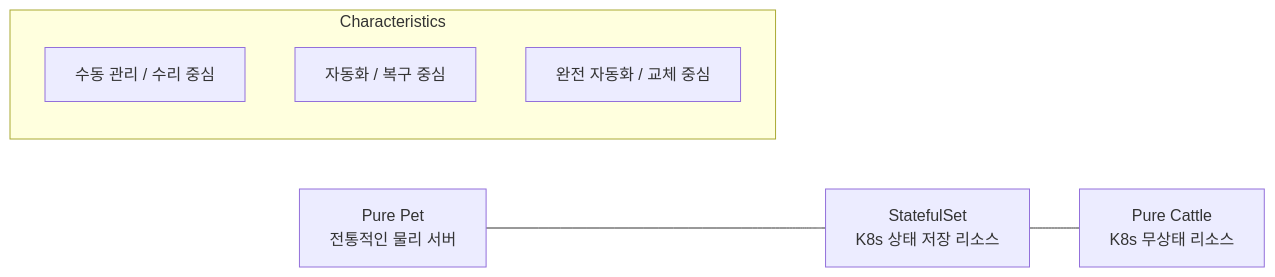
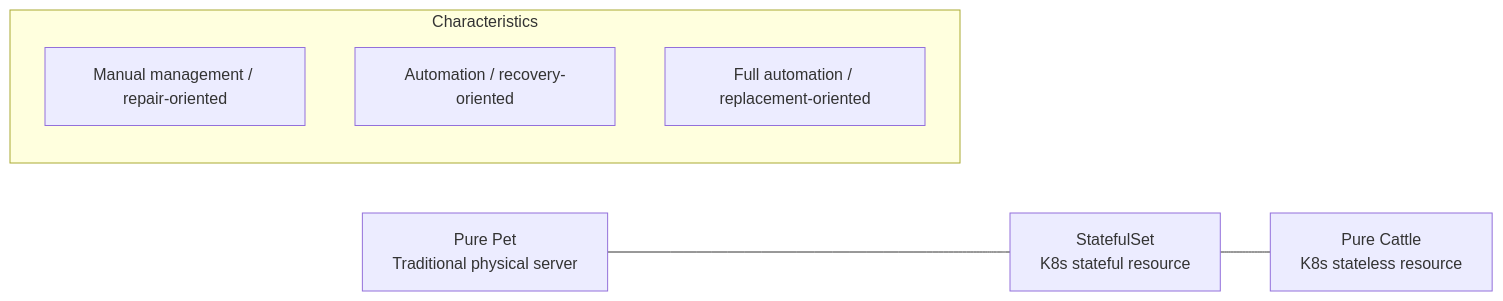
The second of 2 diagrams in content/basics/09-statefulset-pet.md (jeonck/k8s-adv), drawn with Mermaid before and after one commit. The commit also changed other lines of this file and 223 other files, not shown here.

````diff
--- a/content/basics/09-statefulset-pet.md
+++ b/content/basics/09-statefulset-pet.md
@@ -51,12 +51,12 @@
 ```mermaid
 graph LR
-    Pet[Pure Pet<br/>전통적인 물리 서버] --- SS[StatefulSet<br/>K8s 상태 저장 리소스]
-    SS --- Cattle[Pure Cattle<br/>K8s 무상태 리소스]
+    Pet[Pure Pet<br/>Traditional physical server] --- SS[StatefulSet<br/>K8s stateful resource]
+    SS --- Cattle[Pure Cattle<br/>K8s stateless resource]
 
     subgraph Characteristics
     direction TB
-    C1[수동 관리 / 수리 중심]
-    C2[자동화 / 복구 중심]
-    C3[완전 자동화 / 교체 중심]
+    C1[Manual management / repair-oriented]
+    C2[Automation / recovery-oriented]
+    C3[Full automation / replacement-oriented]
     end
 ```
````
